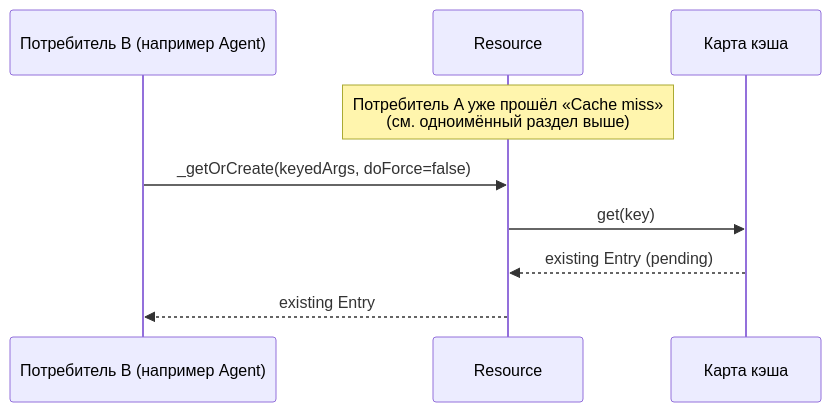
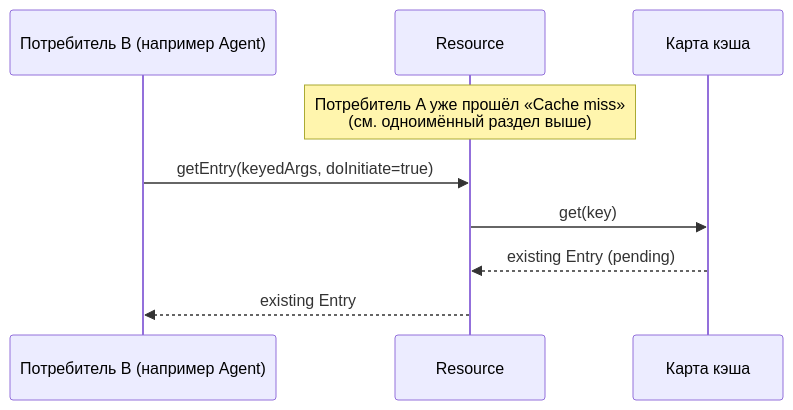
One commit to fozy-labs/rx-toolkit changed the sixth of 10 diagrams in docs/query/concepts/dataflows.md. Above: the diagram before and after it, drawn with Mermaid. The commit also changed other lines of this file and 30 other files, not shown here.

````diff
--- a/docs/query/concepts/dataflows.md
+++ b/docs/query/concepts/dataflows.md
@@ -237,13 +238,13 @@
 ```mermaid
 sequenceDiagram
     participant Agent as Потребитель B (например Agent)
     participant Res as Resource
     participant Cache as Карта кэша
 
     Note over Res: Потребитель A уже прошёл «Cache miss»<br/>(см. одноимённый раздел выше)
 
-    Agent->>Res: _getOrCreate(keyedArgs, doForce=false)
+    Agent->>Res: getEntry(keyedArgs, doInitiate=true)
     Res->>Cache: get(key)
     Cache-->>Res: existing Entry (pending)
     Res-->>Agent: existing Entry
 ```
````
